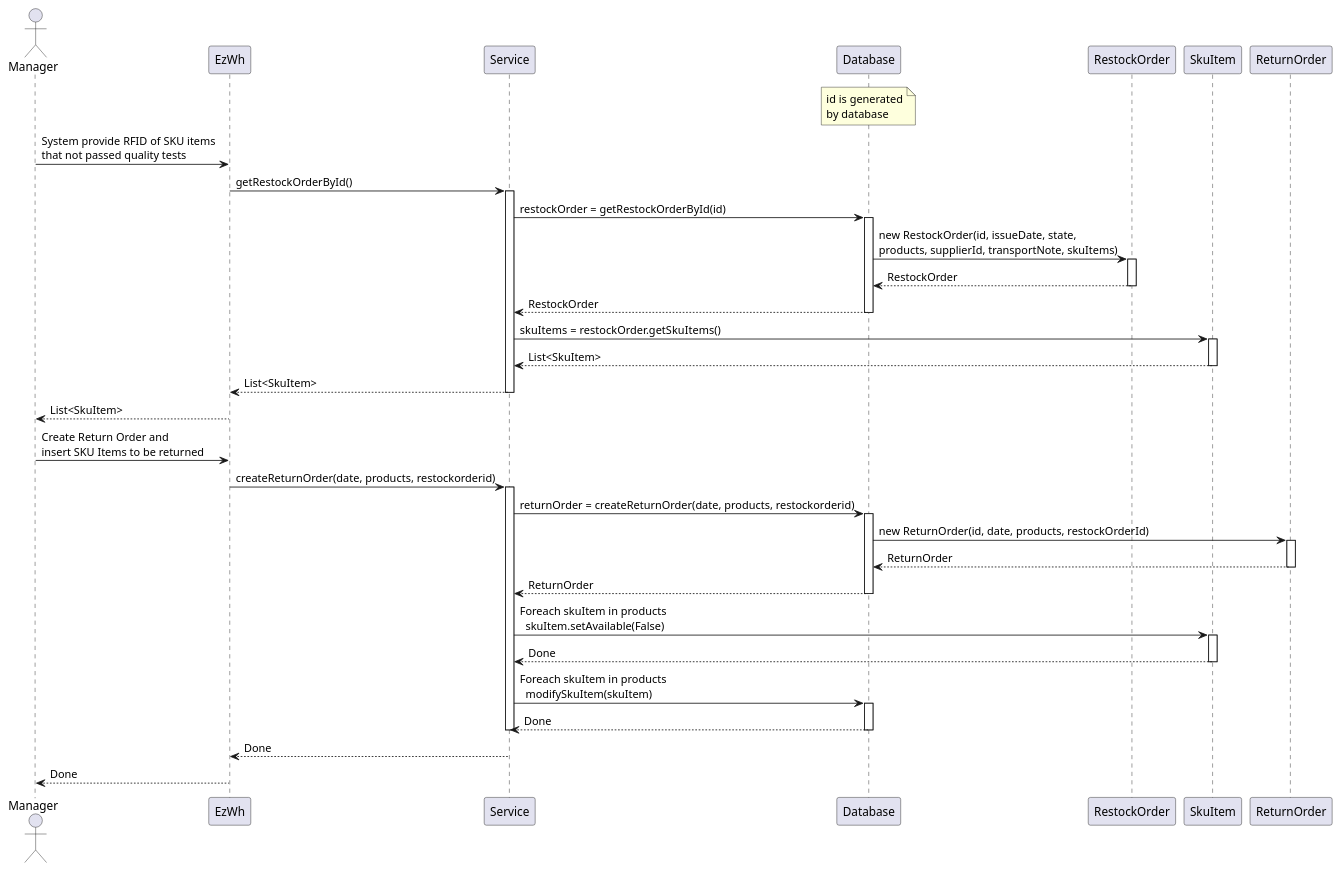
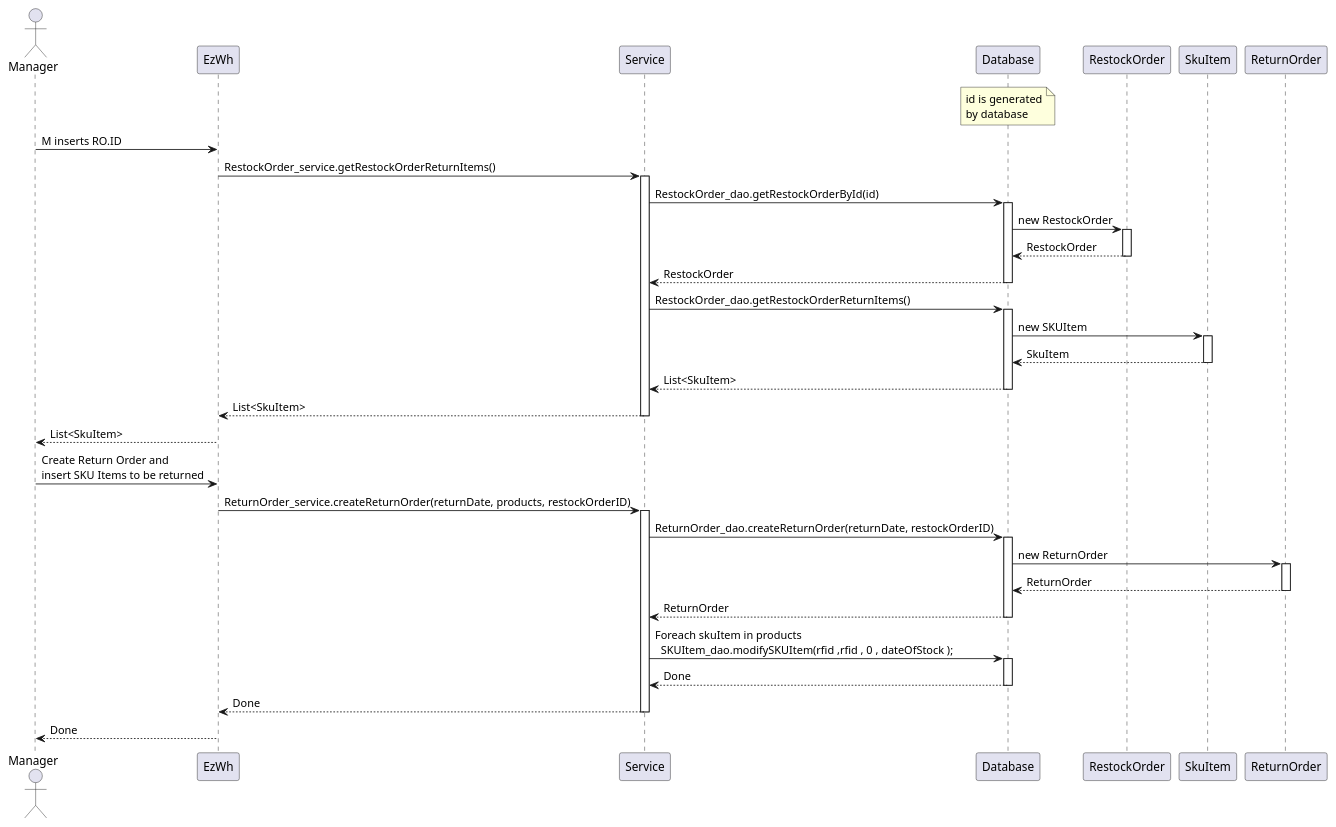
The eighth of 12 diagrams in DesignDocument.md (giuseppe-dandrea/EzWh), drawn with PlantUML before and after one commit. The commit also changed 3 other files, not shown here.

````diff
--- a/DesignDocument.md
+++ b/DesignDocument.md
@@ -703,53 +703,57 @@
 ```plantuml
 actor Manager
 participant EzWh
 participant Service
 participant Database
 note over Database: id is generated\nby database
 participant RestockOrder
 participant SkuItem
 participant ReturnOrder
 
 
-Manager -> EzWh: System provide RFID of SKU items\nthat not passed quality tests
-EzWh -> Service: getRestockOrderById()
+Manager -> EzWh: M inserts RO.ID
+EzWh -> Service: RestockOrder_service.getRestockOrderReturnItems()
 activate Service
-Service -> Database: restockOrder = getRestockOrderById(id)
+Service -> Database: RestockOrder_dao.getRestockOrderById(id)
 activate Database
-Database -> RestockOrder: new RestockOrder(id, issueDate, state,\nproducts, supplierId, transportNote, skuItems)
+Database -> RestockOrder : new RestockOrder
 activate RestockOrder
 RestockOrder --> Database: RestockOrder
 Deactivate RestockOrder
+
 Database --> Service: RestockOrder
 deactivate Database
-Service -> SkuItem: skuItems = restockOrder.getSkuItems()
+Service -> Database: RestockOrder_dao.getRestockOrderReturnItems()
+activate Database
+Database -> SkuItem : new SKUItem
 activate SkuItem
-SkuItem --> Service: List<SkuItem>
+
+
+SkuItem --> Database: SkuItem
+
 deactivate SkuItem
+Database --> Service :List<SkuItem>
+deactivate Database
 Service --> EzWh: List<SkuItem>
 deactivate Service
 EzWh --> Manager: List<SkuItem>
 
 Manager -> EzWh: Create Return Order and\ninsert SKU Items to be returned
-EzWh -> Service: createReturnOrder(date, products, restockorderid)
+EzWh -> Service: ReturnOrder_service.createReturnOrder(returnDate, products, restockOrderID)
 activate Service
-Service -> Database: returnOrder = createReturnOrder(date, products, restockorderid)
+Service -> Database: ReturnOrder_dao.createReturnOrder(returnDate, restockOrderID)
 activate Database
-Database -> ReturnOrder: new ReturnOrder(id, date, products, restockOrderId)
+Database -> ReturnOrder: new ReturnOrder
 activate ReturnOrder
 ReturnOrder --> Database: ReturnOrder
 Deactivate ReturnOrder
 Database --> Service: ReturnOrder
 deactivate Database
-Service -> SkuItem: Foreach skuItem in products\n  skuItem.setAvailable(False)
-activate SkuItem
-SkuItem --> Service: Done
-Deactivate SkuItem
-Service -> Database: Foreach skuItem in products\n  modifySkuItem(skuItem)
+Service -> Database: Foreach skuItem in products\n  SKUItem_dao.modifySKUItem(rfid ,rfid , 0 , dateOfStock );
 activate Database
 Database --> Service: Done
 Deactivate Database
+Service --> EzWh: Done
 deactivate Service
-Service --> EzWh: Done
 EzWh --> Manager: Done
 ```
````
